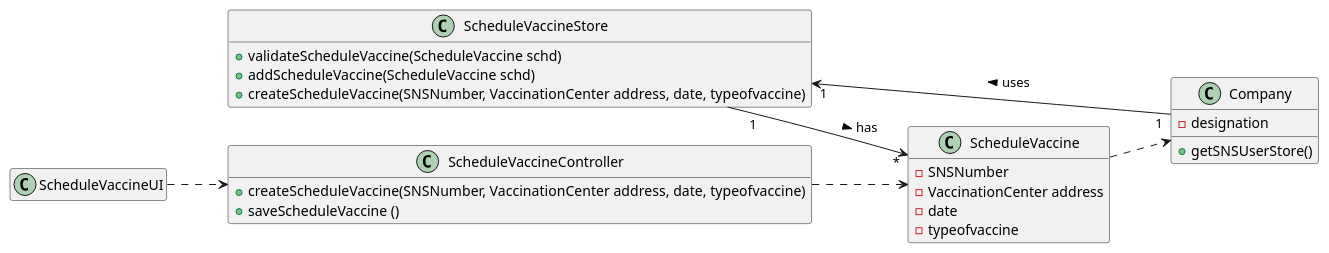
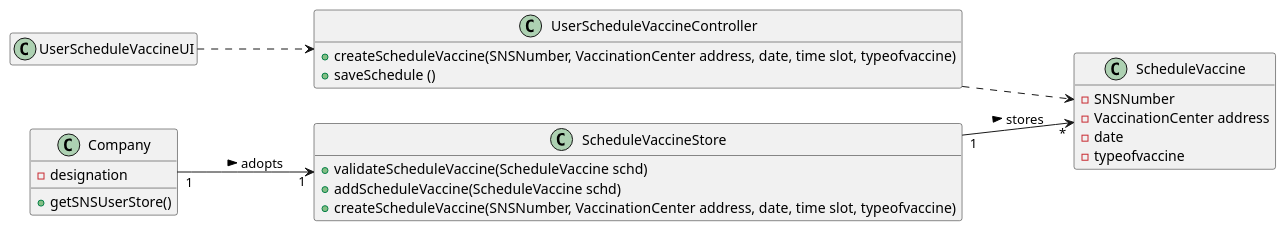
Before and after one commit to PedroMesquita1211171/VaccinationManager: the diagram in docs/SprintC/US/US1/US01_CD.puml, drawn with PlantUML. The commit also changed 9 other files, not shown here.

```diff
--- a/docs/SprintC/US/US1/US01_CD.puml
+++ b/docs/SprintC/US/US1/US01_CD.puml
@@ -1,40 +1,38 @@
 @startuml
 'https://plantuml.com/sequence-diagram
 
 hide empty members
 left to right direction
 
 class ScheduleVaccineStore {
-
 + validateScheduleVaccine(ScheduleVaccine schd)
 + addScheduleVaccine(ScheduleVaccine schd)
-+ createScheduleVaccine(SNSNumber, VaccinationCenter address, date, typeofvaccine)
++ createScheduleVaccine(SNSNumber, VaccinationCenter address, date, time slot, typeofvaccine)
 }
 
-class ScheduleVaccineUI{
+class UserScheduleVaccineUI{
 }
 
-class ScheduleVaccineController{
-+ createScheduleVaccine(SNSNumber, VaccinationCenter address, date, typeofvaccine)
-+ saveScheduleVaccine ()
+class UserScheduleVaccineController{
++ createScheduleVaccine(SNSNumber, VaccinationCenter address, date, time slot, typeofvaccine)
++ saveSchedule ()
 }
 
 class ScheduleVaccine{
 -SNSNumber
 -VaccinationCenter address
 -date
 -typeofvaccine
 }
 
 class Company {
 - designation
 + getSNSUserStore()
 }
 
-ScheduleVaccineUI ..> ScheduleVaccineController
-ScheduleVaccineController ..> ScheduleVaccine
-ScheduleVaccine ..> Company
-Company "1" --> "1" ScheduleVaccineStore: uses >
-ScheduleVaccineStore "1" --> "*" ScheduleVaccine: has >
+UserScheduleVaccineUI ..> UserScheduleVaccineController
+UserScheduleVaccineController ..> ScheduleVaccine
+Company  "1"-->"1"  ScheduleVaccineStore: adopts >
+ScheduleVaccineStore "1" --> "*" ScheduleVaccine: stores >
 
 @enduml
```
